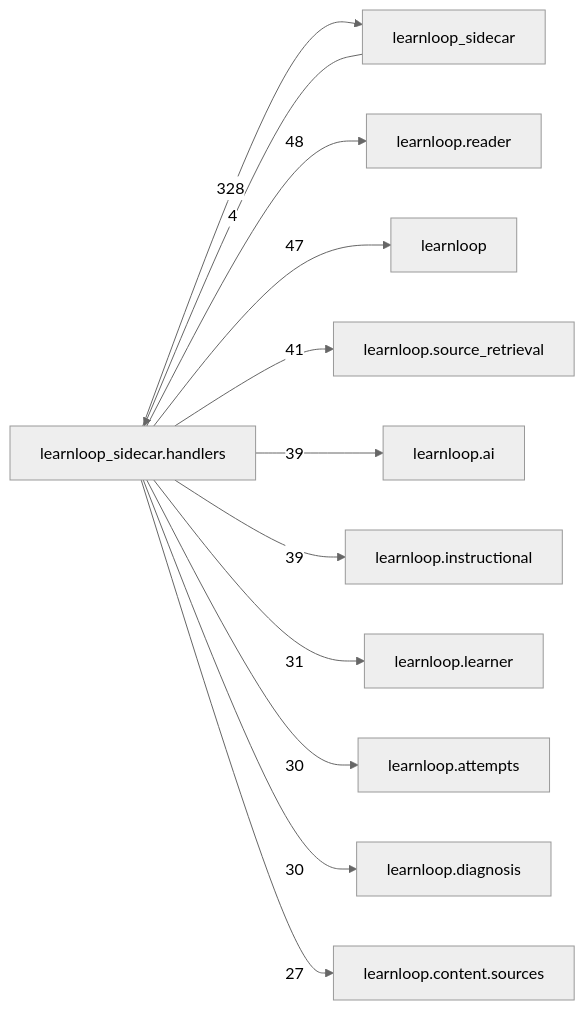
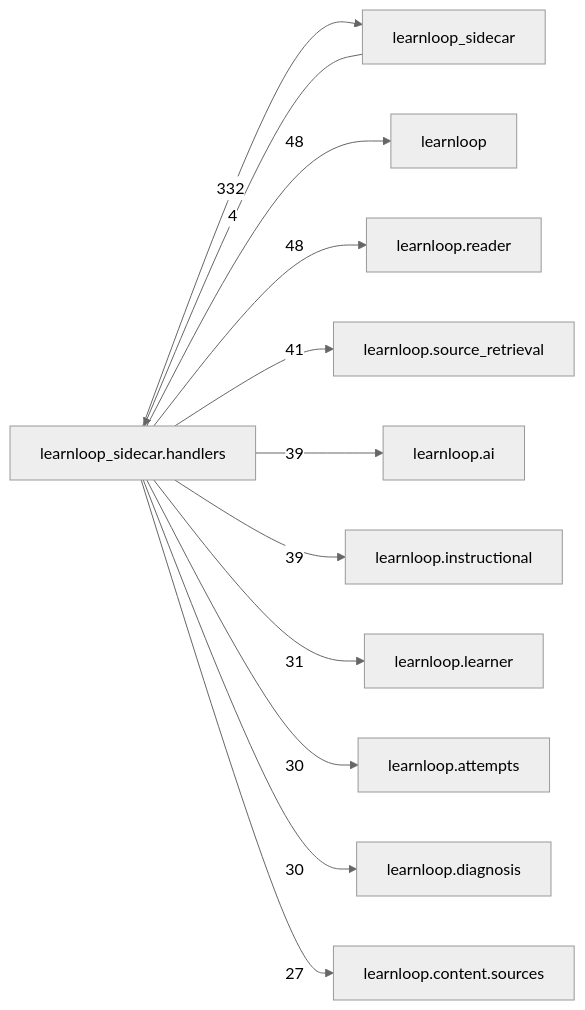
The diagram in docs/learnloop-architecture-vault/Reference/Modules/learnloop_sidecar/handlers/_package.md (6up-b/learnanything), drawn with Mermaid (neutral theme) before and after one commit. The commit also changed other lines of this file and 585 other files, not shown here.

````diff
--- a/docs/learnloop-architecture-vault/Reference/Modules/learnloop_sidecar/handlers/_package.md
+++ b/docs/learnloop-architecture-vault/Reference/Modules/learnloop_sidecar/handlers/_package.md
@@ -267,25 +269,25 @@
 ```mermaid
 flowchart LR
     center["learnloop_sidecar.handlers"]
     n_learnloop_sidecar["learnloop_sidecar"]
+    n_learnloop["learnloop"]
     n_learnloop_reader["learnloop.reader"]
-    n_learnloop["learnloop"]
     n_learnloop_source_retrieval["learnloop.source_retrieval"]
     n_learnloop_ai["learnloop.ai"]
     n_learnloop_instructional["learnloop.instructional"]
     n_learnloop_learner["learnloop.learner"]
     n_learnloop_attempts["learnloop.attempts"]
     n_learnloop_diagnosis["learnloop.diagnosis"]
     n_learnloop_content_sources["learnloop.content.sources"]
     n_learnloop_sidecar -->|4| center
-    center -->|328| n_learnloop_sidecar
+    center -->|332| n_learnloop_sidecar
+    center -->|48| n_learnloop
     center -->|48| n_learnloop_reader
-    center -->|47| n_learnloop
     center -->|41| n_learnloop_source_retrieval
     center -->|39| n_learnloop_ai
     center -->|39| n_learnloop_instructional
     center -->|31| n_learnloop_learner
     center -->|30| n_learnloop_attempts
     center -->|30| n_learnloop_diagnosis
     center -->|27| n_learnloop_content_sources
 ```
````
